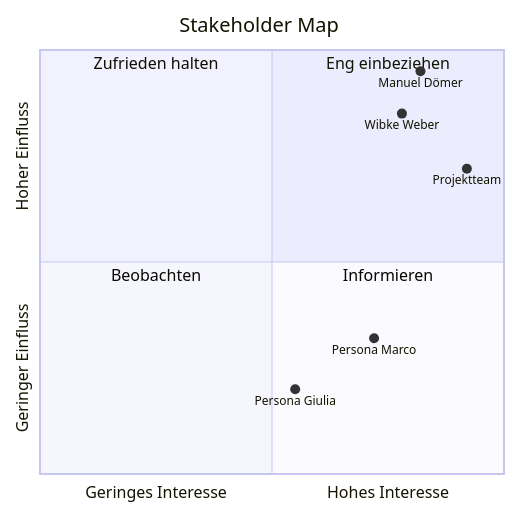
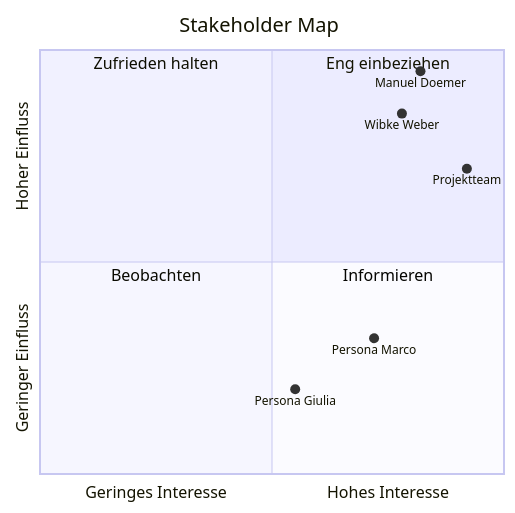
One commit to vdss-fs26-ds24t/ds24t-3-fancyproject changed the first of 2 diagrams in docs/project_charta.qmd. Above: the diagram before and after it, drawn with Mermaid.

Commit message:
removed ö in Stakeholder Analysis

````diff
--- a/docs/project_charta.qmd
+++ b/docs/project_charta.qmd
@@ -59,17 +59,17 @@
 ```{mermaid}
 %%| label: fig-stakeholder-map
 %%| fig-cap: Stakeholder Map nach Einfluss und Interesse.
 quadrantChart
     title Stakeholder Map
     x-axis Geringes Interesse --> Hohes Interesse
     y-axis Geringer Einfluss --> Hoher Einfluss
     quadrant-1 Eng einbeziehen
     quadrant-2 Zufrieden halten
     quadrant-3 Beobachten
     quadrant-4 Informieren
-    Manuel Dömer: [0.82, 0.95]
+    Manuel Doemer: [0.82, 0.95]
     Wibke Weber: [0.78, 0.85]
     Projektteam: [0.92, 0.72]
     Persona Marco: [0.72, 0.32]
     Persona Giulia: [0.55, 0.2]
 ```
````
